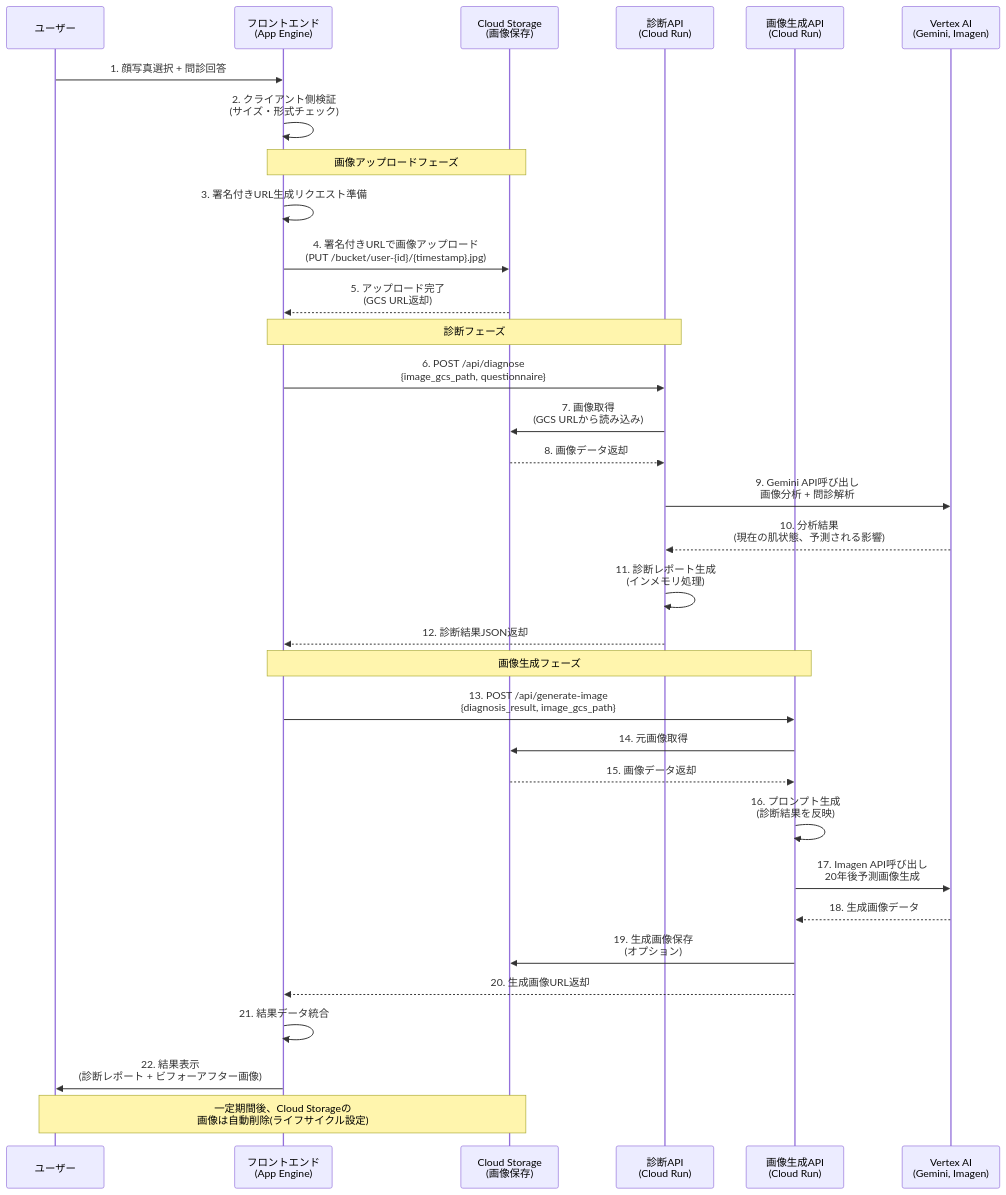
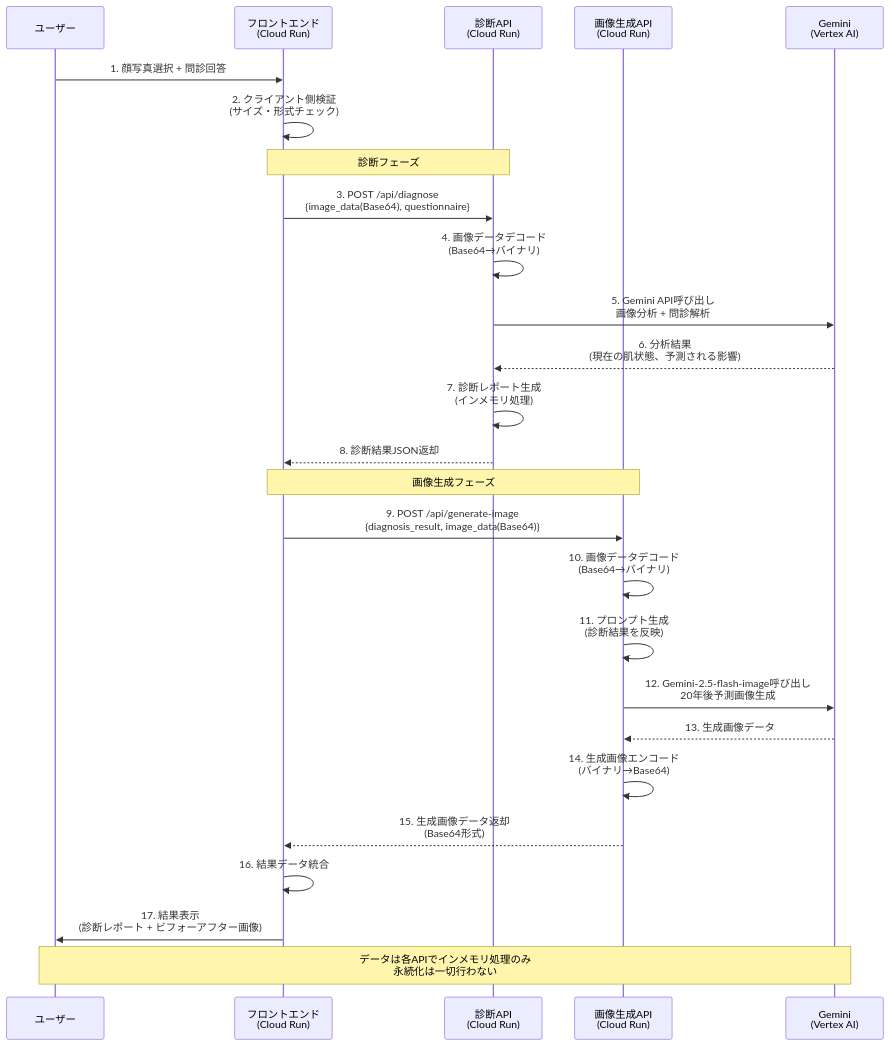
One commit to Skyryo/no-smoking-for-you changed the diagram in docs/02-system-architecture.md. Above: the diagram before and after it, drawn with Mermaid. The commit also changed 1 other file, not shown here.

Commit message:
change endpoint and document

````diff
--- a/docs/02-system-architecture.md
+++ b/docs/02-system-architecture.md
@@ -20,41 +20,33 @@
 ```mermaid
 sequenceDiagram
     participant User as ユーザー
-    participant Frontend as フロントエンド<br/>(App Engine)
-    participant Storage as Cloud Storage<br/>(画像保存)
+    participant Frontend as フロントエンド<br/>(Cloud Run)
     participant DiagnosisAPI as 診断API<br/>(Cloud Run)
     participant ImageGenAPI as 画像生成API<br/>(Cloud Run)
-    participant VertexAI as Vertex AI<br/>(Gemini, Imagen)
+    participant VertexAI as Gemini<br/>(Vertex AI)
 
     User->>Frontend: 1. 顔写真選択 + 問診回答
     Frontend->>Frontend: 2. クライアント側検証<br/>(サイズ・形式チェック)
 
-    Note over Frontend,Storage: 画像アップロードフェーズ
-    Frontend->>Frontend: 3. 署名付きURL生成リクエスト準備
-    Frontend->>Storage: 4. 署名付きURLで画像アップロード<br/>(PUT /bucket/user-{id}/{timestamp}.jpg)
-    Storage-->>Frontend: 5. アップロード完了<br/>(GCS URL返却)
-
     Note over Frontend,DiagnosisAPI: 診断フェーズ
-    Frontend->>DiagnosisAPI: 6. POST /api/diagnose<br/>{image_gcs_path, questionnaire}
-    DiagnosisAPI->>Storage: 7. 画像取得<br/>(GCS URLから読み込み)
-    Storage-->>DiagnosisAPI: 8. 画像データ返却
-    DiagnosisAPI->>VertexAI: 9. Gemini API呼び出し<br/>画像分析 + 問診解析
-    VertexAI-->>DiagnosisAPI: 10. 分析結果<br/>(現在の肌状態、予測される影響)
-    DiagnosisAPI->>DiagnosisAPI: 11. 診断レポート生成<br/>(インメモリ処理)
-    DiagnosisAPI-->>Frontend: 12. 診断結果JSON返却
+    Frontend->>DiagnosisAPI: 3. POST /api/diagnose<br/>{image_data(Base64), questionnaire}
+    DiagnosisAPI->>DiagnosisAPI: 4. 画像データデコード<br/>(Base64→バイナリ)
+    DiagnosisAPI->>VertexAI: 5. Gemini API呼び出し<br/>画像分析 + 問診解析
+    VertexAI-->>DiagnosisAPI: 6. 分析結果<br/>(現在の肌状態、予測される影響)
+    DiagnosisAPI->>DiagnosisAPI: 7. 診断レポート生成<br/>(インメモリ処理)
+    DiagnosisAPI-->>Frontend: 8. 診断結果JSON返却
 
     Note over Frontend,ImageGenAPI: 画像生成フェーズ
-    Frontend->>ImageGenAPI: 13. POST /api/generate-image<br/>{diagnosis_result, image_gcs_path}
-    ImageGenAPI->>Storage: 14. 元画像取得
-    Storage-->>ImageGenAPI: 15. 画像データ返却
-    ImageGenAPI->>ImageGenAPI: 16. プロンプト生成<br/>(診断結果を反映)
-    ImageGenAPI->>VertexAI: 17. Imagen API呼び出し<br/>20年後予測画像生成
-    VertexAI-->>ImageGenAPI: 18. 生成画像データ
-    ImageGenAPI->>Storage: 19. 生成画像保存<br/>(オプション)
-    ImageGenAPI-->>Frontend: 20. 生成画像URL返却
+    Frontend->>ImageGenAPI: 9. POST /api/generate-image<br/>{diagnosis_result, image_data(Base64)}
+    ImageGenAPI->>ImageGenAPI: 10. 画像データデコード<br/>(Base64→バイナリ)
+    ImageGenAPI->>ImageGenAPI: 11. プロンプト生成<br/>(診断結果を反映)
+    ImageGenAPI->>VertexAI: 12. Gemini-2.5-flash-image呼び出し<br/>20年後予測画像生成
+    VertexAI-->>ImageGenAPI: 13. 生成画像データ
+    ImageGenAPI->>ImageGenAPI: 14. 生成画像エンコード<br/>(バイナリ→Base64)
+    ImageGenAPI-->>Frontend: 15. 生成画像データ返却<br/>(Base64形式)
 
-    Frontend->>Frontend: 21. 結果データ統合
-    Frontend->>User: 22. 結果表示<br/>(診断レポート + ビフォーアフター画像)
+    Frontend->>Frontend: 16. 結果データ統合
+    Frontend->>User: 17. 結果表示<br/>(診断レポート + ビフォーアフター画像)
 
-    Note over User,Storage: 一定期間後、Cloud Storageの<br/>画像は自動削除(ライフサイクル設定)
+    Note over User,VertexAI: データは各APIでインメモリ処理のみ<br/>永続化は一切行わない
 ```
````
